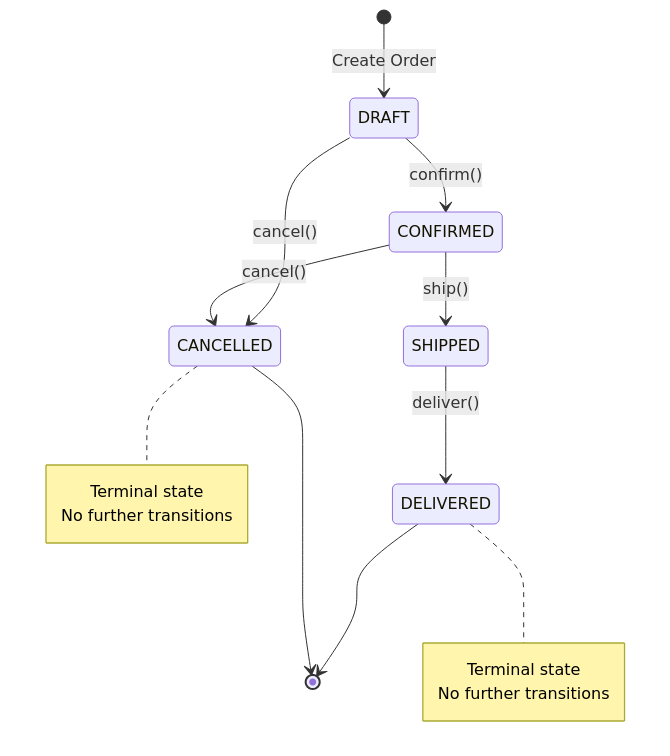
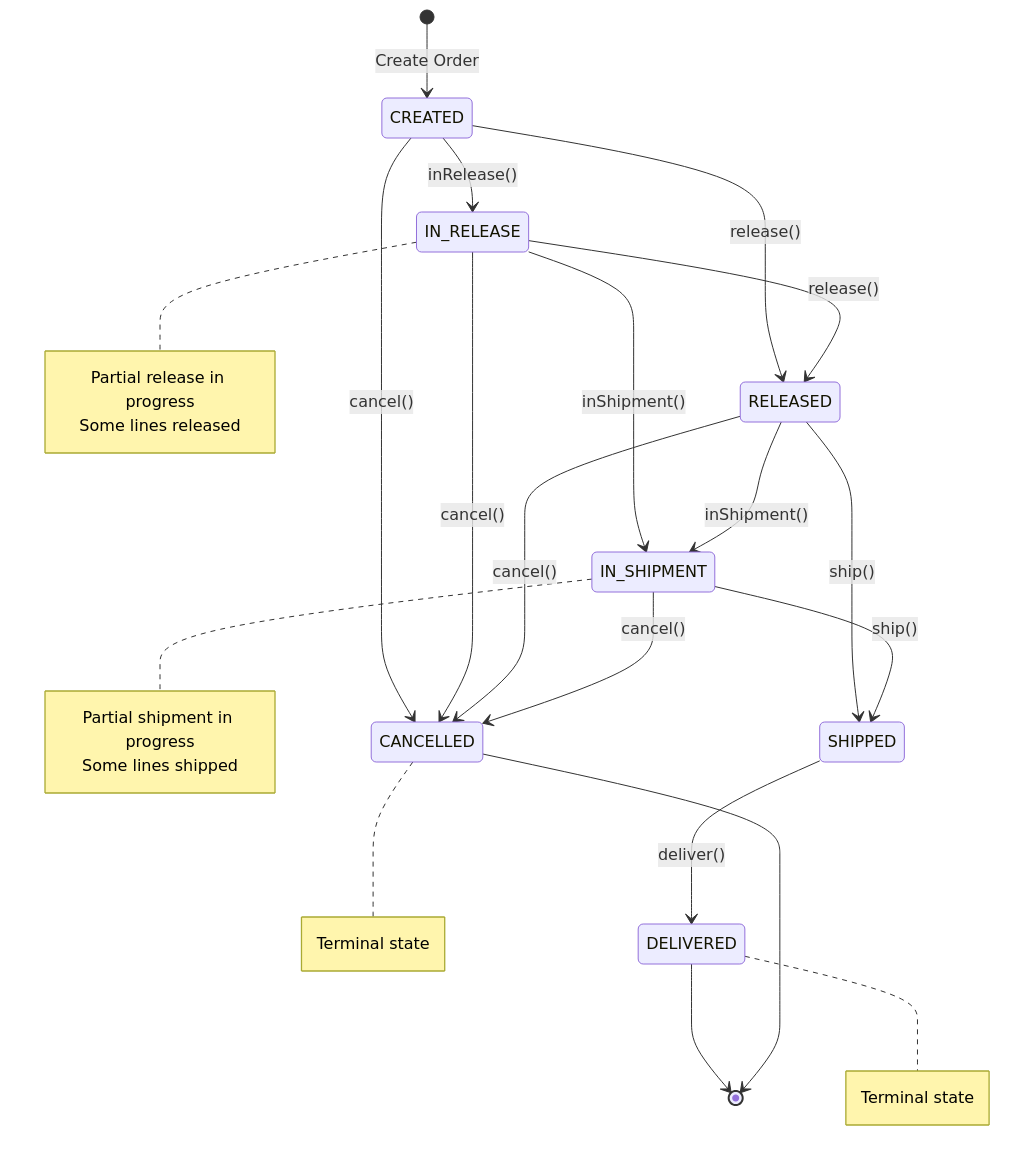
One commit to bala-elangovan/order-service changed the third of 5 diagrams in README.md. Above: the diagram before and after it, drawn with Mermaid. The commit also changed other lines of this file and 9 other files, not shown here.

First line of the commit message:
feat: Add partial fulfillment order states (IN_RELEASE, RELEASED, IN_SHIPMENT)

````diff
--- a/README.md
+++ b/README.md
@@ -606,25 +643,42 @@
 ```mermaid
 stateDiagram-v2
-    [*] --> DRAFT: Create Order
+    [*] --> CREATED: Create Order
 
-    DRAFT --> CONFIRMED: confirm()
-    DRAFT --> CANCELLED: cancel()
+    CREATED --> IN_RELEASE: inRelease()
+    CREATED --> RELEASED: release()
+    CREATED --> CANCELLED: cancel()
 
-    CONFIRMED --> SHIPPED: ship()
-    CONFIRMED --> CANCELLED: cancel()
+    IN_RELEASE --> RELEASED: release()
+    IN_RELEASE --> IN_SHIPMENT: inShipment()
+    IN_RELEASE --> CANCELLED: cancel()
+
+    RELEASED --> IN_SHIPMENT: inShipment()
+    RELEASED --> SHIPPED: ship()
+    RELEASED --> CANCELLED: cancel()
+
+    IN_SHIPMENT --> SHIPPED: ship()
+    IN_SHIPMENT --> CANCELLED: cancel()
 
     SHIPPED --> DELIVERED: deliver()
 
     DELIVERED --> [*]
     CANCELLED --> [*]
 
+    note right of IN_RELEASE
+        Partial release in progress
+        Some lines released
+    end note
+
+    note right of IN_SHIPMENT
+        Partial shipment in progress
+        Some lines shipped
+    end note
+
     note right of DELIVERED
         Terminal state
-        No further transitions
     end note
 
     note right of CANCELLED
         Terminal state
-        No further transitions
     end note
 ```
````
